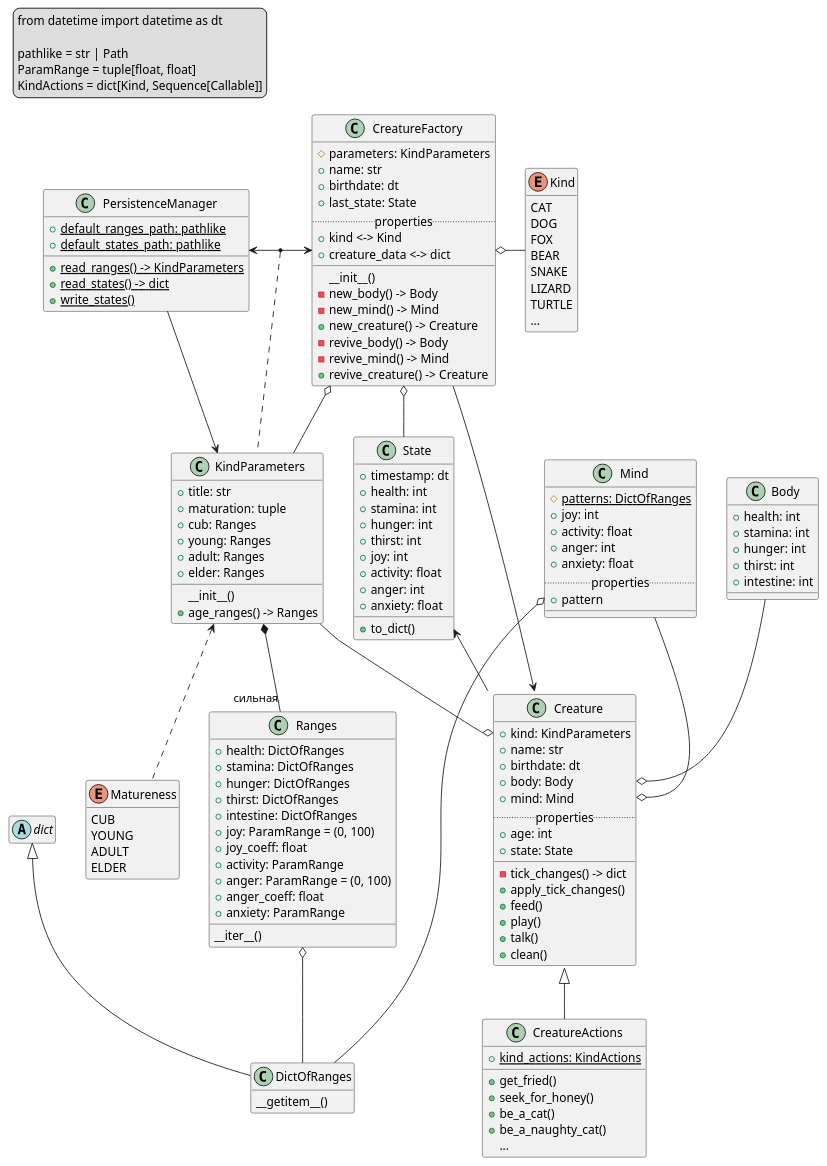
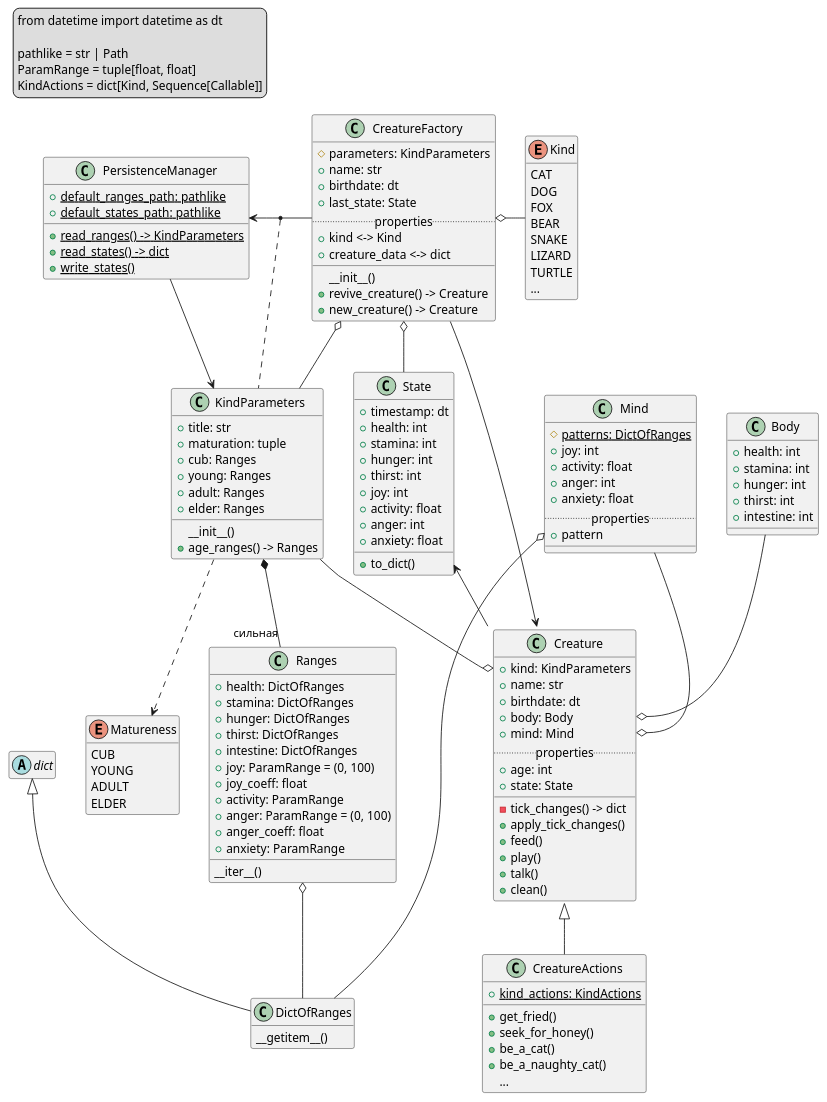
One commit to TOP-Python221/_project2_reference changed the diagram in model.puml. Above: the diagram before and after it, drawn with PlantUML. The commit also changed 2 other files, not shown here.

Commit message:
реализация Creature.revive_creature()
удаление в классе Creature методов _revive_body(), _revive_mind(), _new_body(), _new_mind()

```diff
--- a/model.puml
+++ b/model.puml
@@ -72,7 +72,7 @@
     }
 }
 'Matureness .down.> KindParameters
-KindParameters <.down. Matureness
+KindParameters .down.> Matureness
 KindParameters *-- "сильная" Ranges
 Creature <|-- CreatureActions
 Creature::kind o-left- KindParameters
@@ -192,12 +192,12 @@
     __
     __init__()
 '    __bool__()
-    -new_body() -> Body
-    -new_mind() -> Mind
+'    -revive_body() -> Body
+'    -revive_mind() -> Mind
+    +revive_creature() -> Creature
+'    -new_body() -> Body
+'    -new_mind() -> Mind
     +new_creature() -> Creature
-    -revive_body() -> Body
-    -revive_mind() -> Mind
-    +revive_creature() -> Creature
 }
 Kind -left-o CreatureFactory
 CreatureFactory o-- State
@@ -216,7 +216,7 @@
 'PersistenceManager -right-> CreatureFactory
 '(PersistenceManager, CreatureFactory) .. State
 
-PersistenceManager <-right-> CreatureFactory
+PersistenceManager <-right- CreatureFactory
 (PersistenceManager, CreatureFactory) .. KindParameters
 
 
```
